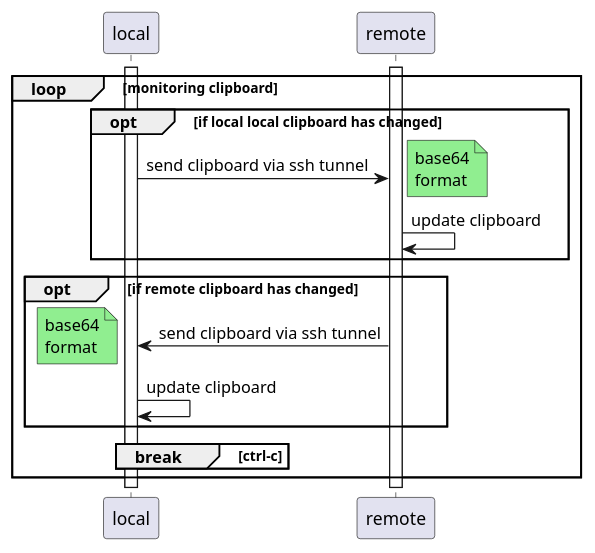
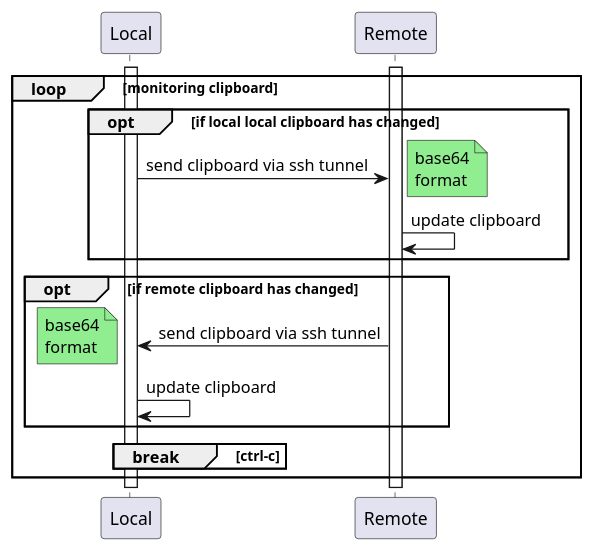
One commit to umaumax/playground changed the second of 4 diagrams in README.md. Above: the diagram before and after it, drawn with PlantUML.

````diff
--- a/README.md
+++ b/README.md
@@ -13,29 +13,29 @@
 ```plantuml
 @startuml
 
 ' title clip-share
 
-participant "local" as Local
-participant "remote" as Remote
+'participant "local" as Local
+'participant "remote" as Remote
 
 loop monitoring clipboard
     opt if local local clipboard has changed
         activate Local
         Local -> Remote: send clipboard via ssh tunnel
         note right #lightgreen: base64\nformat
         Remote -> Remote: update clipboard
     end
 
     opt if remote clipboard has changed
         activate Remote
         Remote -> Local: send clipboard via ssh tunnel
         note left #lightgreen: base64\nformat
         Local -> Local: update clipboard
     end
 
     break ctrl-c
     end
 end
 
 @enduml
 ```
````
